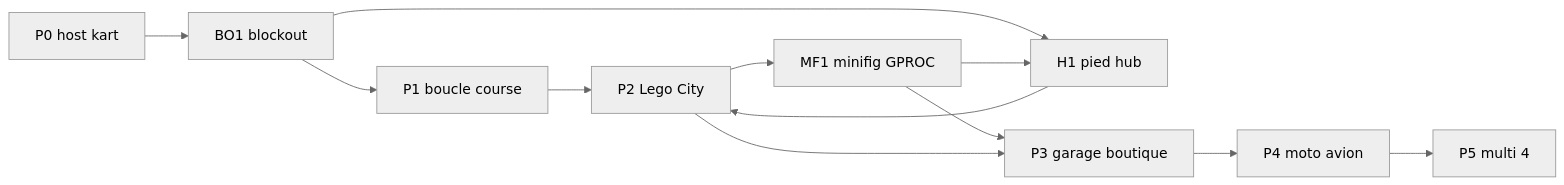
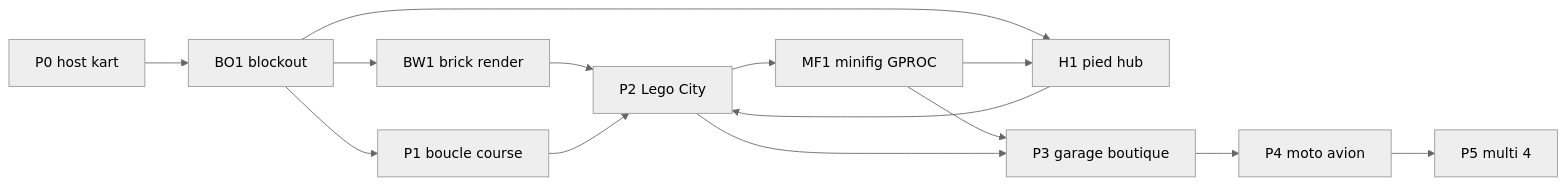
The diagram in docs/plans/roadmap.md (naanouff/Brick-Racer), drawn with Mermaid (neutral theme) before and after one commit. The commit also changed other lines of this file and 41 other files, not shown here.

````diff
--- a/docs/plans/roadmap.md
+++ b/docs/plans/roadmap.md
@@ -20,14 +21,16 @@
 ```mermaid
 flowchart LR
   P0[P0 host kart] --> BO1[BO1 blockout]
   BO1 --> P1[P1 boucle course]
   BO1 --> H1[H1 pied hub]
+  BO1 --> BW1[BW1 brick render]
   MF1[MF1 minifig GPROC] --> H1
   H1 --> P2[P2 Lego City]
+  BW1 --> P2
   P1 --> P2
   P2 --> MF1
   MF1 --> P3[P3 garage boutique]
   P2 --> P3
   P3 --> P4[P4 moto avion]
   P4 --> P5[P5 multi 4]
 ```
````
